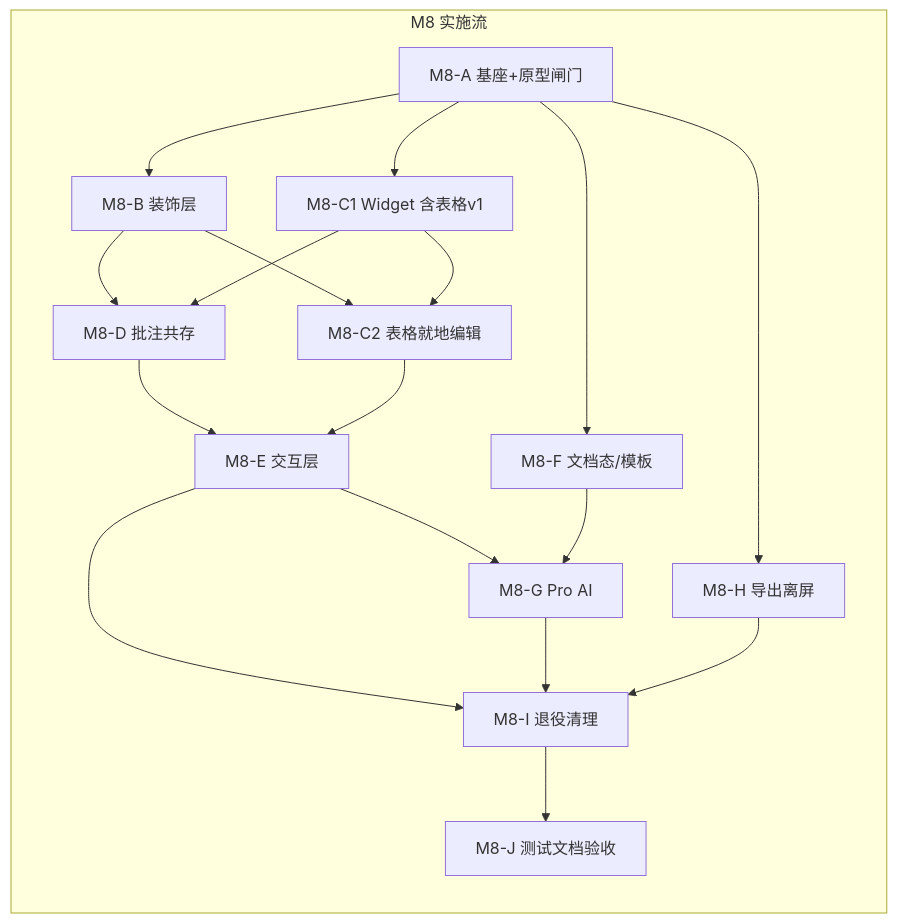
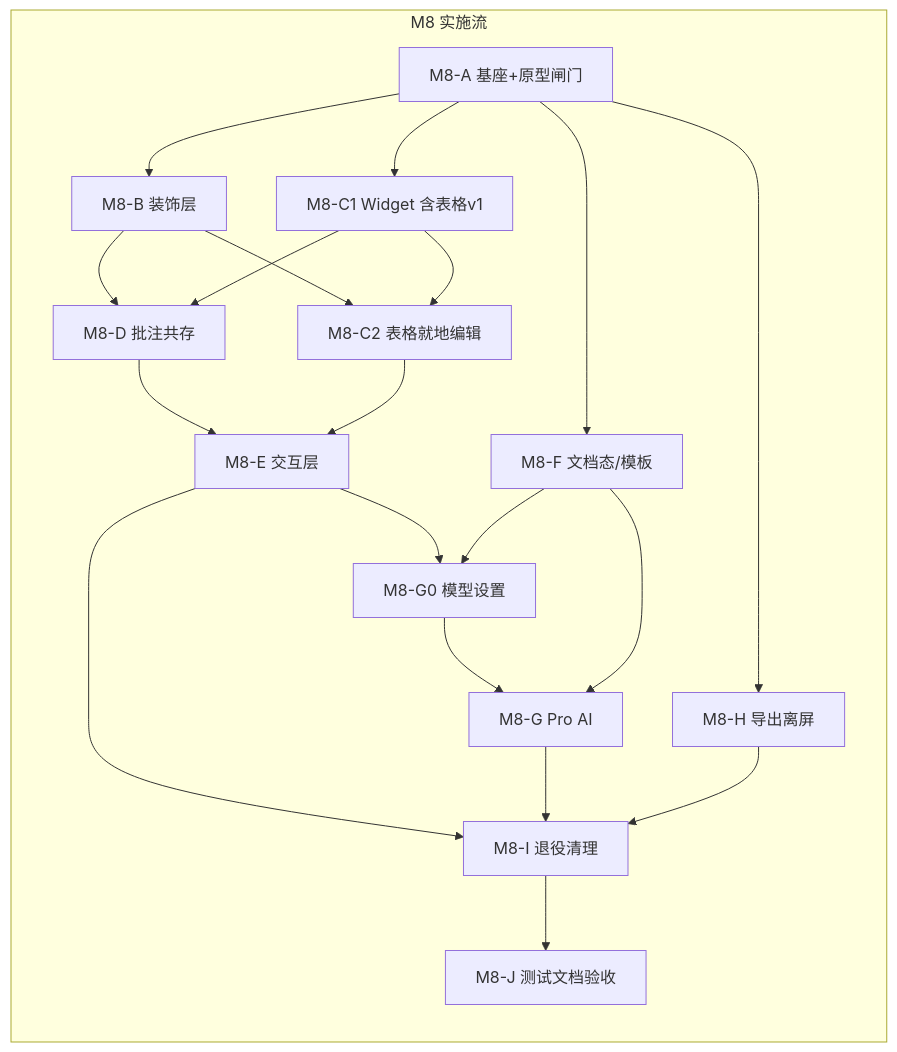
Before and after one commit to ShuiYunYueKeeper/mda-l2: the diagram in docs/P3-implementation-plan-v3-wysiwyg.md, drawn with Mermaid. The commit also changed other lines of this file and 79 other files, not shown here.

First line of the commit message:
feat(gui): M8 CM6 预览编辑面 — 文本装饰、图片与 Mermaid widget

````diff
--- a/docs/P3-implementation-plan-v3-wysiwyg.md
+++ b/docs/P3-implementation-plan-v3-wysiwyg.md
@@ -68,21 +92,23 @@
 ```mermaid
 flowchart LR
   subgraph phase["M8 实施流"]
     A[M8-A 基座+原型闸门] --> B[M8-B 装饰层]
     A --> C1[M8-C1 Widget 含表格v1]
     B --> C2[M8-C2 表格就地编辑]
     C1 --> C2
     B --> D[M8-D 批注共存]
     C1 --> D
     D --> E[M8-E 交互层]
     C2 --> E
     A --> F[M8-F 文档态/模板]
     A --> H[M8-H 导出离屏]
-    E --> G[M8-G Pro AI]
+    E --> G0[M8-G0 模型设置]
+    F --> G0
+    G0 --> G[M8-G Pro AI]
     F --> G
     E --> I[M8-I 退役清理]
     G --> I
     H --> I
     I --> J[M8-J 测试文档验收]
   end
 ```
````
